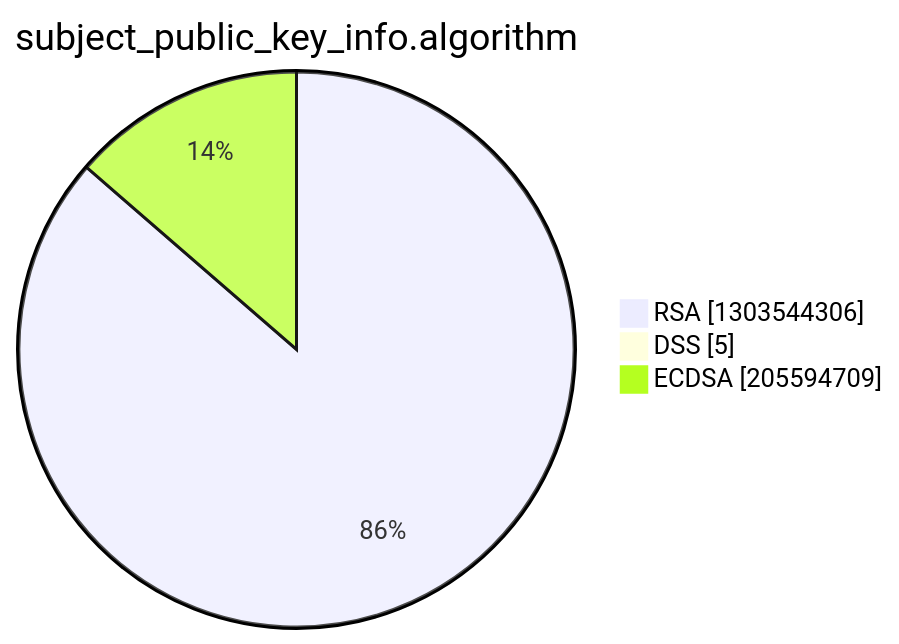
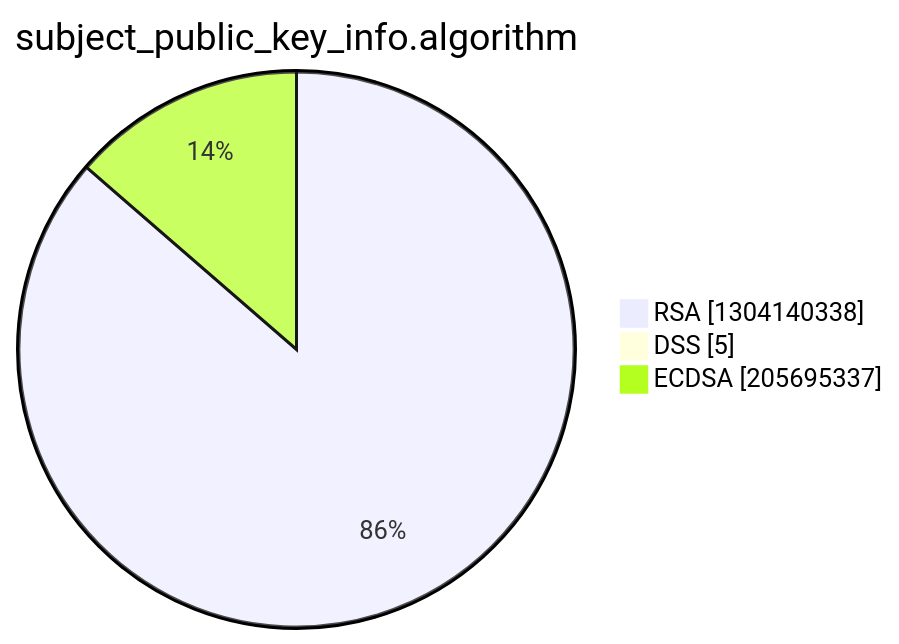
One commit to christiankrug/ctmonitor_visualization changed the third of 15 diagrams in argon2022/README.md. Above: the diagram before and after it, drawn with Mermaid. The commit also changed other lines of this file, not shown here.

````diff
--- a/argon2022/README.md
+++ b/argon2022/README.md
@@ -14,7 +14,7 @@
 ```mermaid
 pie showData
 title subject_public_key_info.algorithm
-"RSA" :1303544306
+"RSA" :1304140338
 "DSS" :5
-"ECDSA" :205594709
+"ECDSA" :205695337
 ```
````
